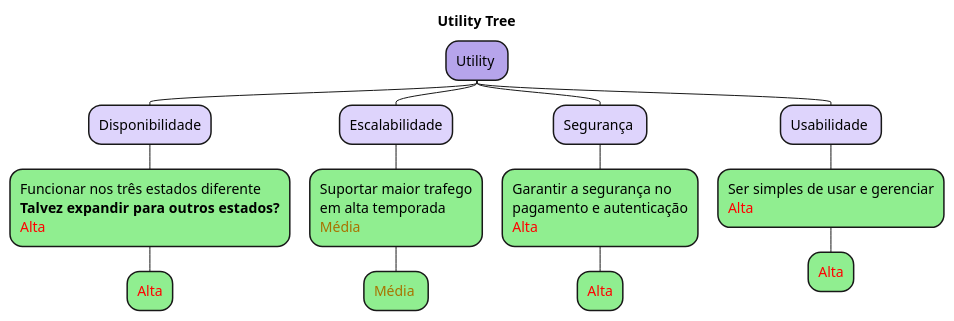
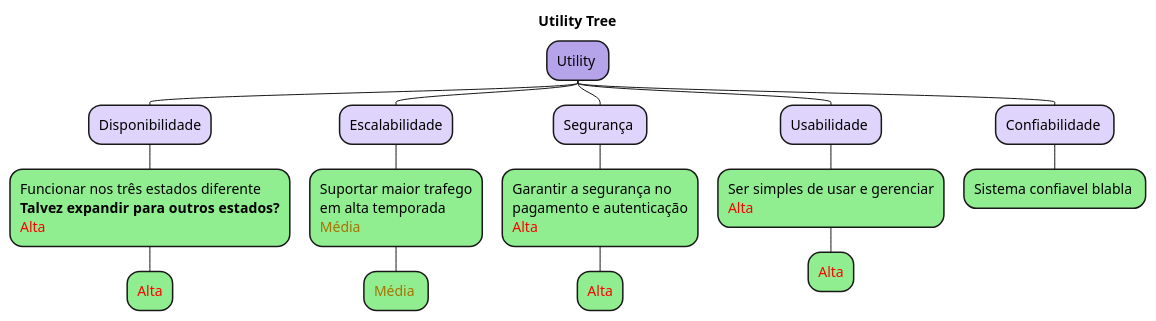
The diagram in UML/utility-tree.pu (papatrock/trabalho-design), drawn with PlantUML before and after one commit. The commit also changed 1 other file, not shown here.

```diff
--- a/UML/utility-tree.pu
+++ b/UML/utility-tree.pu
@@ -1,42 +1,45 @@
 @startmindmap utility-tree4
 top to bottom direction
 <style>
 mindmapDiagram {
     .root {
         BackgroundColor: #b6a4ebff
     }
     .atributo{
         BackgroundColor: #ded4fcff
     }
     .asr{
         BackgroundColor: LightGreen
     }
     .prioridade{
         BackgroundColor: LightGreen
     }
 }
 </style>
 title Utility Tree
 
 * Utility <<root>>
 
 ** Disponibilidade<<atributo>>
 ' Além disso talvez "Ser possivel expandir para outros estados"
 *** Funcionar nos três estados diferente\n**Talvez expandir para outros estados?**\n<color: Red>Alta</color> <<asr>>
 **** <color: Red>Alta</color><<prioridade>>
 
 
 ** Escalabilidade<<atributo>>
 ' nao consigo centraliza essa desgraça
 *** Suportar maior trafego\nem alta temporada\n<color: #a87300ff>Média</color> <<asr>>
 **** <color: #a87300ff>Média</color> <<prioridade>>
 
 
 ** Segurança <<atributo>>
 *** Garantir a segurança no\npagamento e autenticação\n<color: Red>Alta</color> <<asr>>
 **** <color: Red>Alta</color><<prioridade>>
 
 ** Usabilidade <<atributo>>
 *** Ser simples de usar e gerenciar\n<color: Red>Alta</color> <<asr>>
 **** <color: Red>Alta</color><<prioridade>>
+
+** Confiabilidade <<atributo>>
+*** Sistema confiavel blabla <<prioridade>>
 @endmindmap
```
